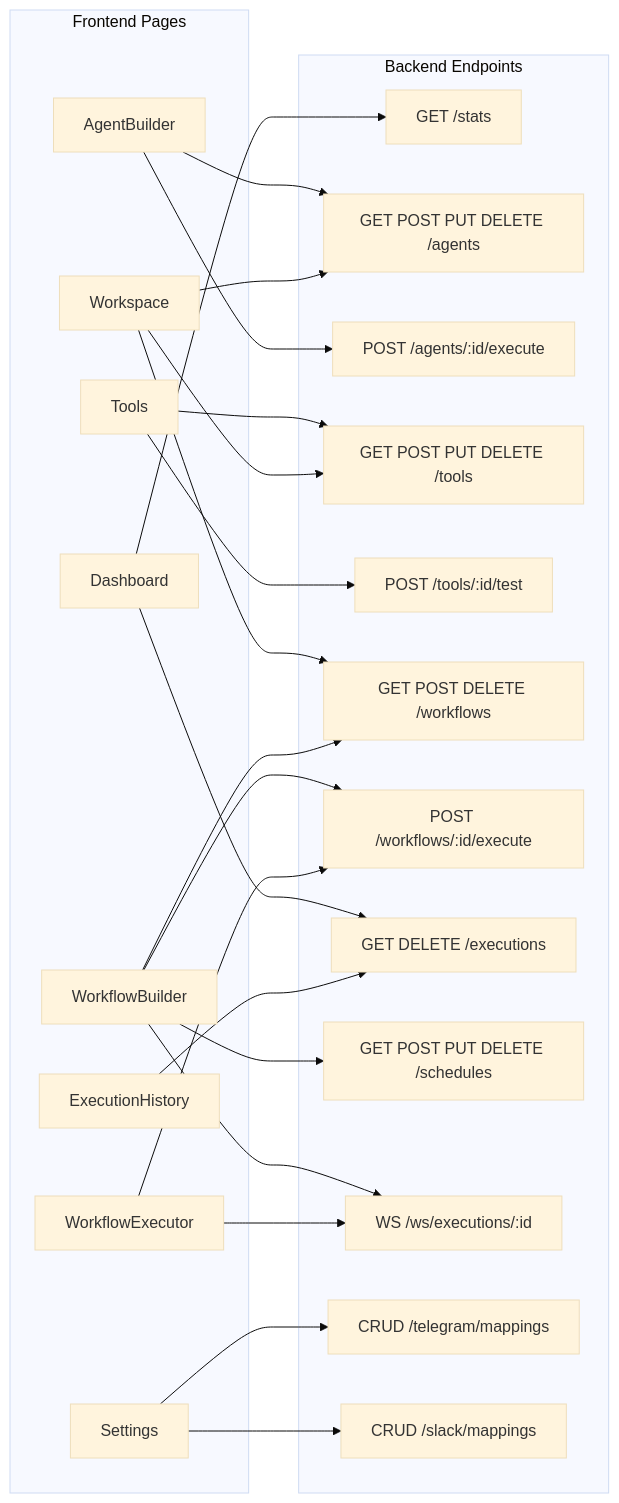
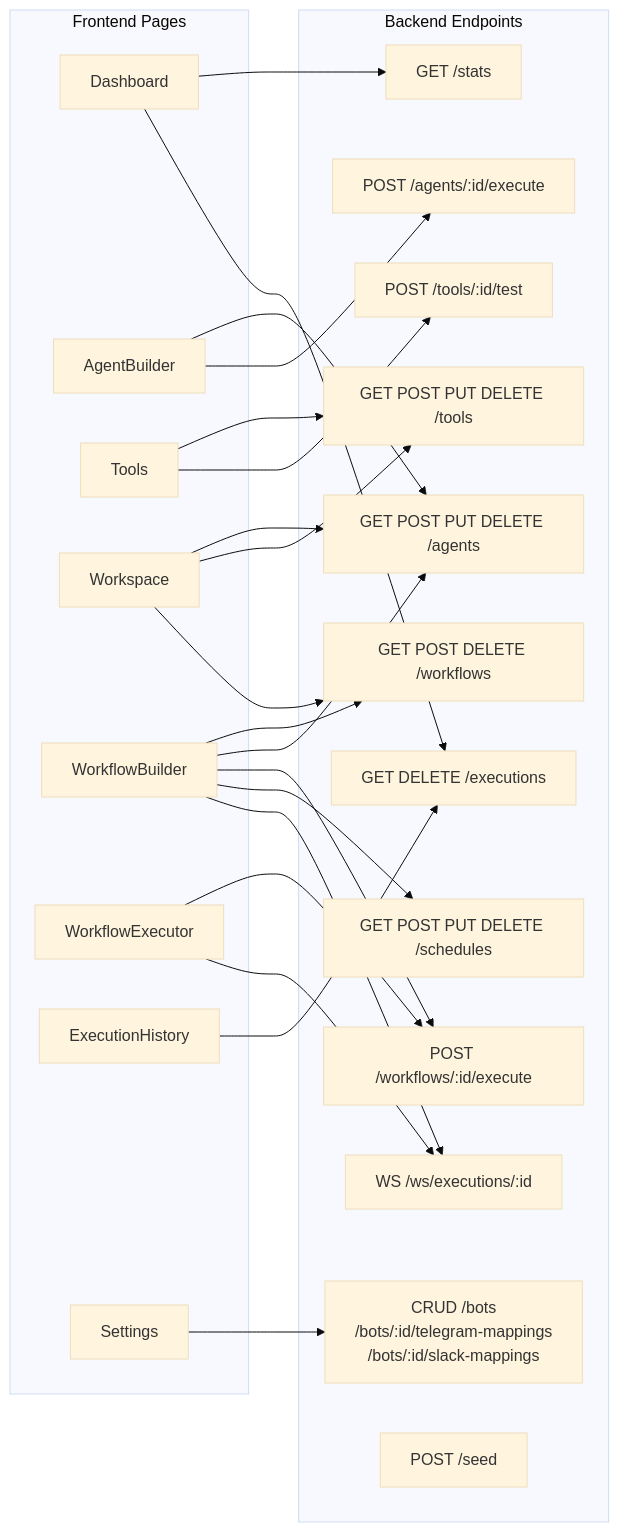
The seventh of 10 diagrams in documents/architecture.md (namratesh/AI-Agent-Orchestration-Platform), drawn with Mermaid (base theme) before and after one commit. The commit also changed other lines of this file and 3 other files, not shown here.

````diff
--- a/documents/architecture.md
+++ b/documents/architecture.md
@@ -241,47 +241,47 @@
 ```mermaid
 graph LR
     subgraph PAGES["Frontend Pages"]
         DASH["Dashboard"]
         AGENTS_P["AgentBuilder"]
         TOOLS_P["Tools"]
         WORK_P["Workspace"]
         WFB_P["WorkflowBuilder"]
         EXEC_P["WorkflowExecutor"]
         HIST_P["ExecutionHistory"]
         SET_P["Settings"]
     end
 
     subgraph ENDPOINTS["Backend Endpoints"]
         STATS_EP["GET /stats"]
         AG_EP["GET POST PUT DELETE /agents"]
         AG_RUN["POST /agents/:id/execute"]
         TL_EP["GET POST PUT DELETE /tools"]
         TL_TEST["POST /tools/:id/test"]
         WF_EP["GET POST DELETE /workflows"]
         WF_RUN["POST /workflows/:id/execute"]
         EX_EP["GET DELETE /executions"]
         SCHED_EP["GET POST PUT DELETE /schedules"]
         WS_EP2["WS /ws/executions/:id"]
-        TG_EP["CRUD /telegram/mappings"]
-        SL_EP["CRUD /slack/mappings"]
+        BOT_EP["CRUD /bots\n/bots/:id/telegram-mappings\n/bots/:id/slack-mappings"]
+        SEED_EP["POST /seed"]
     end
 
     DASH    --> STATS_EP
     DASH    --> EX_EP
     AGENTS_P --> AG_EP
     AGENTS_P --> AG_RUN
     TOOLS_P --> TL_EP
     TOOLS_P --> TL_TEST
     WORK_P  --> AG_EP
     WORK_P  --> TL_EP
     WORK_P  --> WF_EP
     WFB_P   --> WF_EP
+    WFB_P   --> AG_EP
     WFB_P   --> WF_RUN
     WFB_P   --> SCHED_EP
     WFB_P   --> WS_EP2
     EXEC_P  --> WF_RUN
     EXEC_P  --> WS_EP2
     HIST_P  --> EX_EP
-    SET_P   --> TG_EP
-    SET_P   --> SL_EP
+    SET_P   --> BOT_EP
 ```
````
